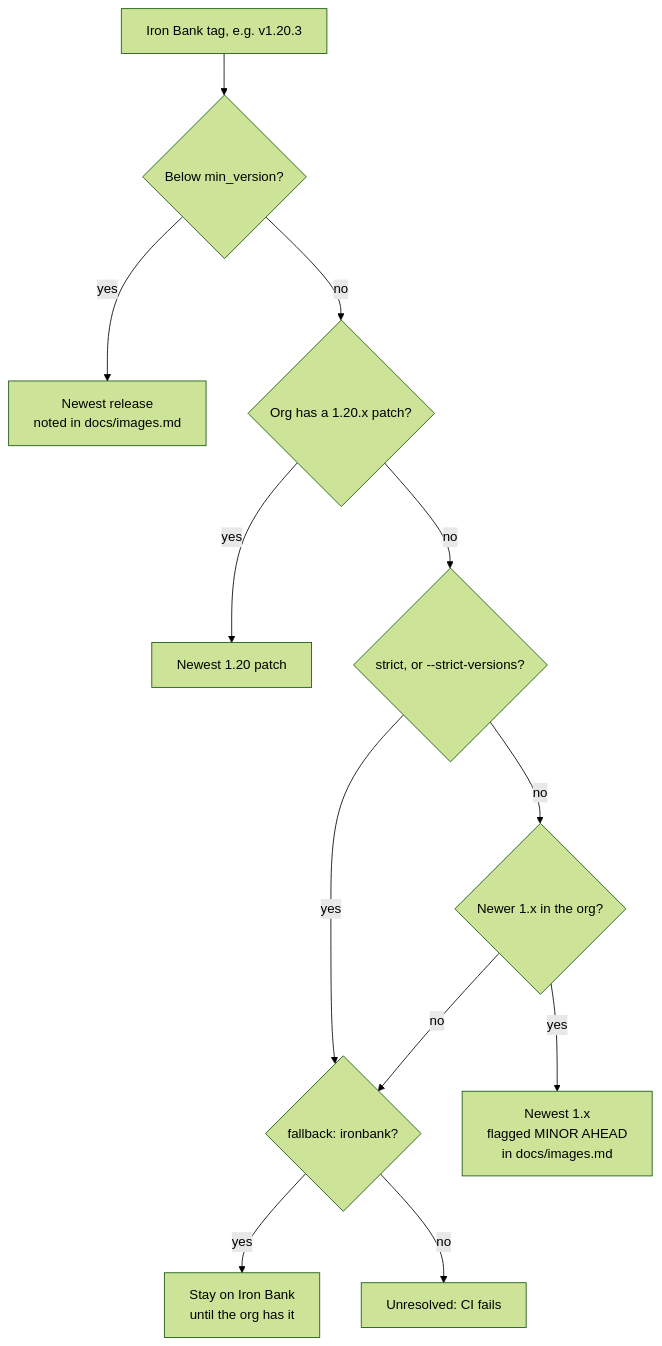
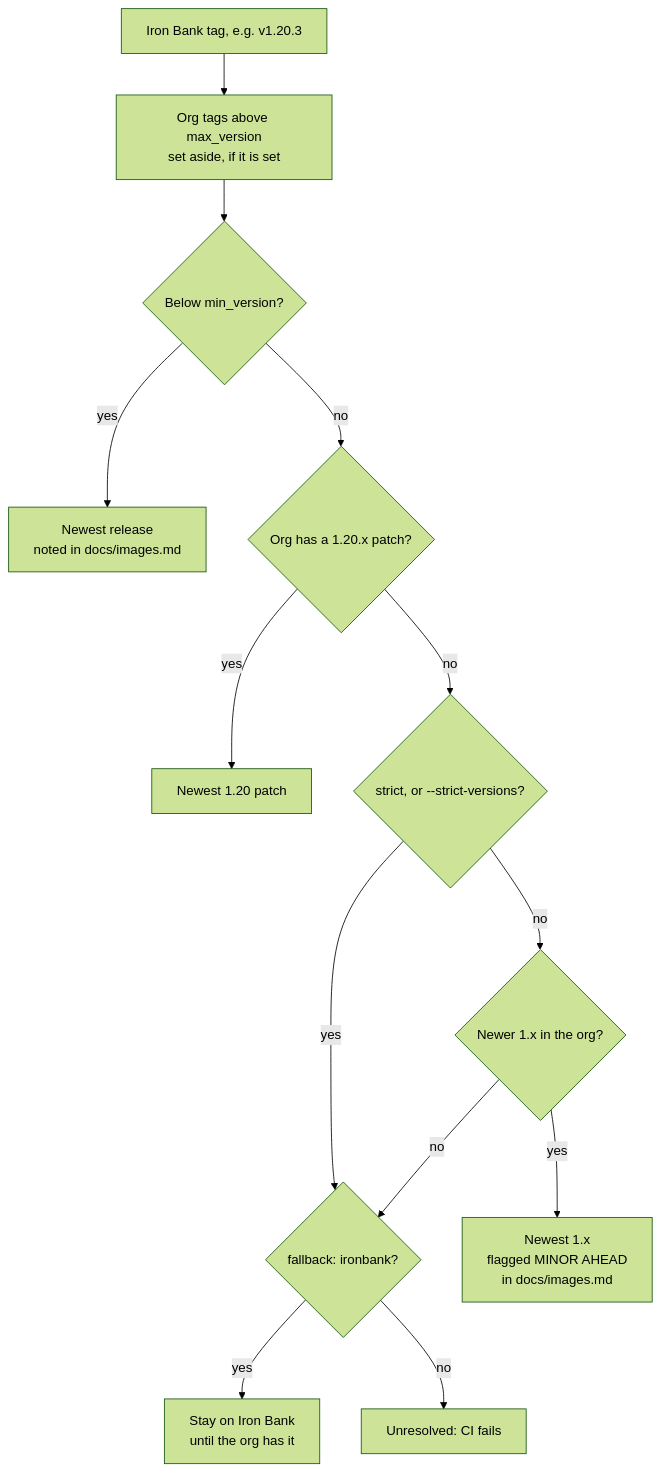
One commit to Zapata-Technology/bigbang-chainguard changed the second of 9 diagrams in docs/architecture.md. Above: the diagram before and after it, drawn with Mermaid (forest theme). The commit also changed other lines of this file and 7 other files, not shown here.

````diff
--- a/docs/architecture.md
+++ b/docs/architecture.md
@@ -63,14 +63,15 @@
 ```mermaid
 flowchart TD
-    A[Iron Bank tag, e.g. v1.20.3] --> M{Below min_version?}
+    A[Iron Bank tag, e.g. v1.20.3] --> X[Org tags above max_version<br/>set aside, if it is set]
+    X --> M{Below min_version?}
     M -- yes --> N[Newest release<br/>noted in docs/images.md]
     M -- no --> B{Org has a 1.20.x patch?}
     B -- yes --> C[Newest 1.20 patch]
     B -- no --> D{strict, or --strict-versions?}
     D -- yes --> E{fallback: ironbank?}
     E -- yes --> F[Stay on Iron Bank<br/>until the org has it]
     E -- no --> G[Unresolved: CI fails]
     D -- no --> H{Newer 1.x in the org?}
     H -- yes --> I[Newest 1.x<br/>flagged MINOR AHEAD<br/>in docs/images.md]
     H -- no --> E
 ```
````
